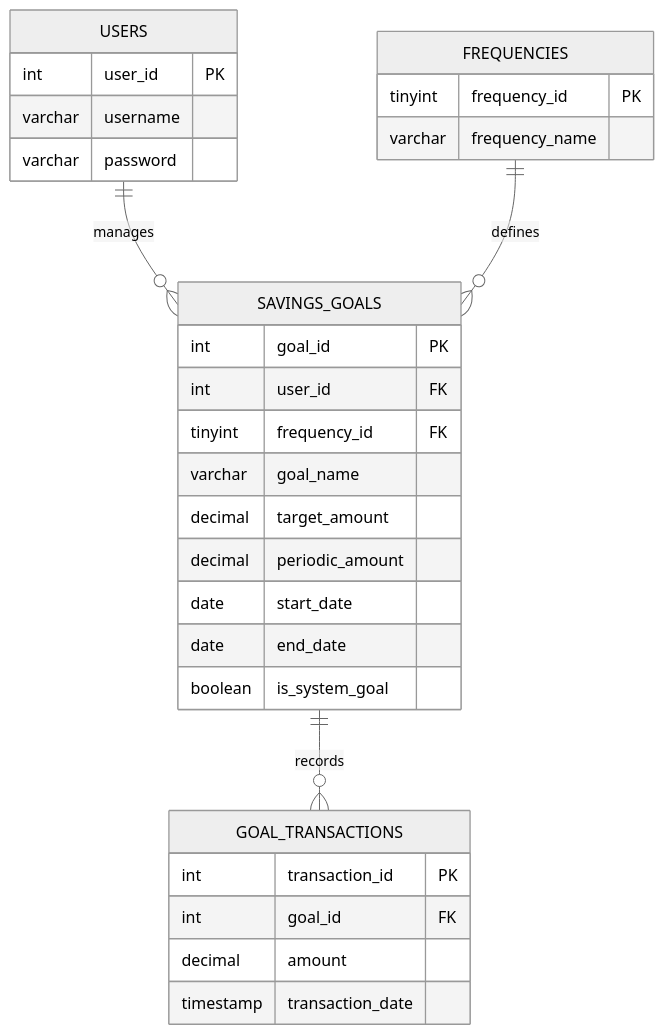
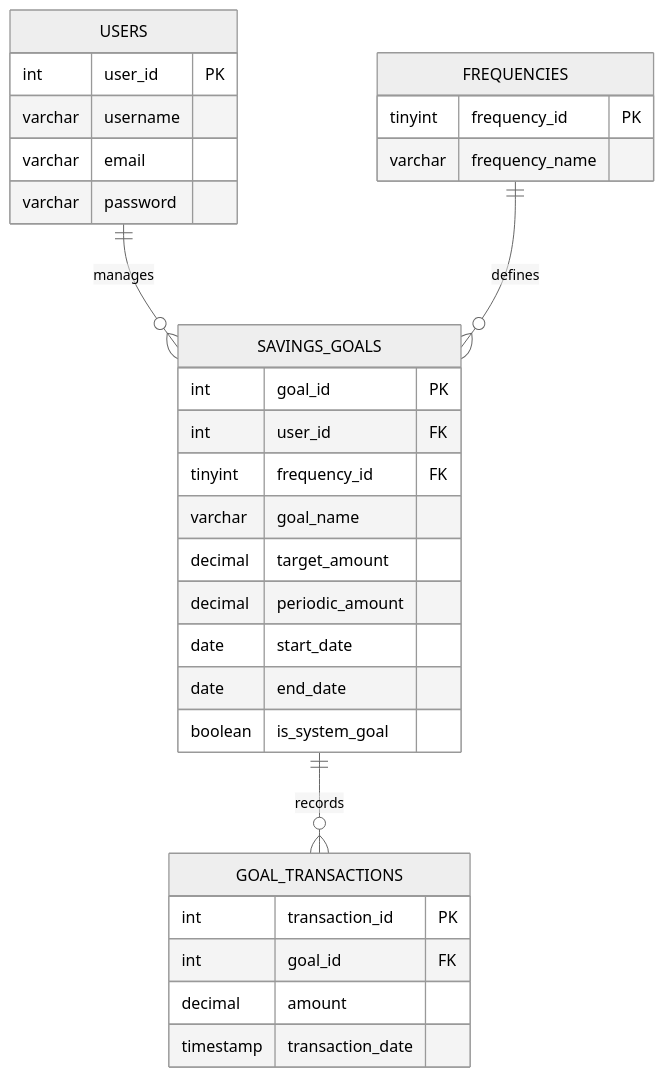
The diagram in docs/erd_diagram.md (HernandezRosasSergio0309/savings-app-pro), drawn with Mermaid (neutral theme) before and after one commit.

```diff
--- a/docs/erd_diagram.md
+++ b/docs/erd_diagram.md
@@ -1,36 +1,37 @@
 ~~~mermaid
 erDiagram
     USERS ||--o{ SAVINGS_GOALS : "manages"
     FREQUENCIES ||--o{ SAVINGS_GOALS : "defines"
     SAVINGS_GOALS ||--o{ GOAL_TRANSACTIONS : "records"
 
     USERS {
         int user_id PK
         varchar username
+        varchar email
         varchar password
     }
 
     FREQUENCIES {
         tinyint frequency_id PK
         varchar frequency_name
     }
 
     SAVINGS_GOALS {
         int goal_id PK
         int user_id FK
         tinyint frequency_id FK
         varchar goal_name
         decimal target_amount
         decimal periodic_amount
         date start_date
         date end_date
         boolean is_system_goal
     }
 
     GOAL_TRANSACTIONS {
         int transaction_id PK
         int goal_id FK
         decimal amount
         timestamp transaction_date
     }
 ~~~
```
